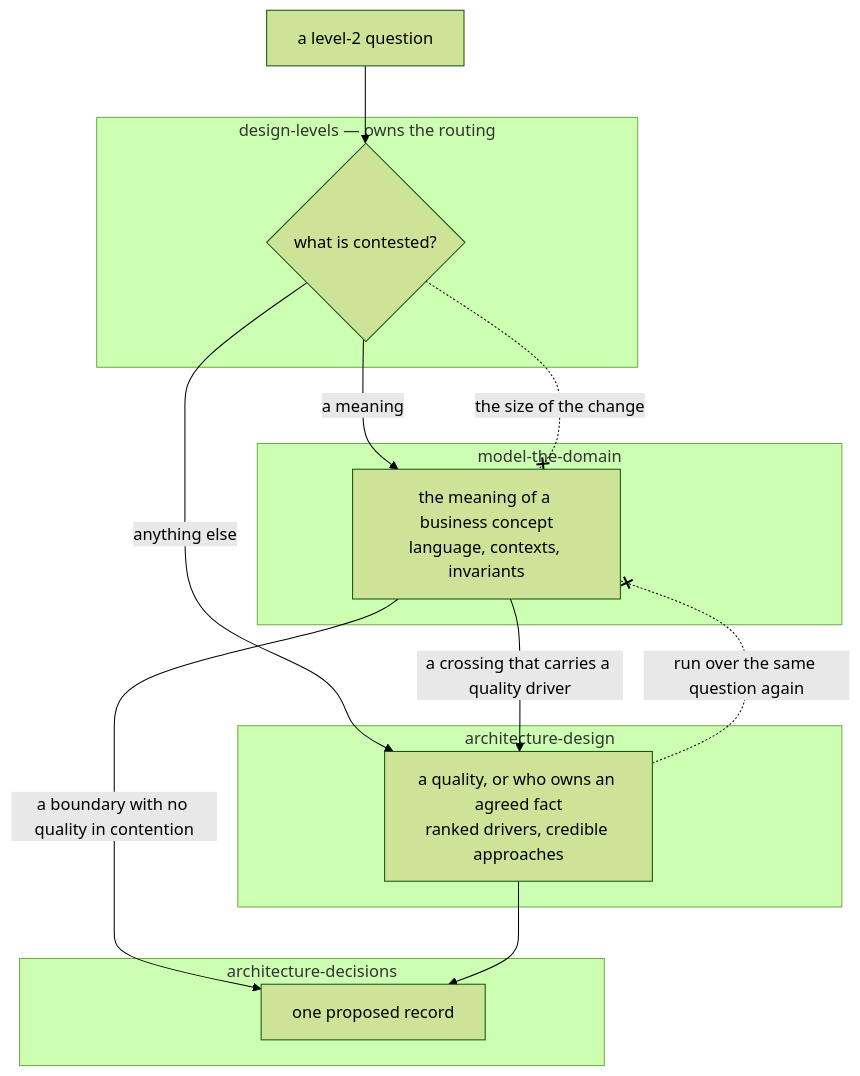
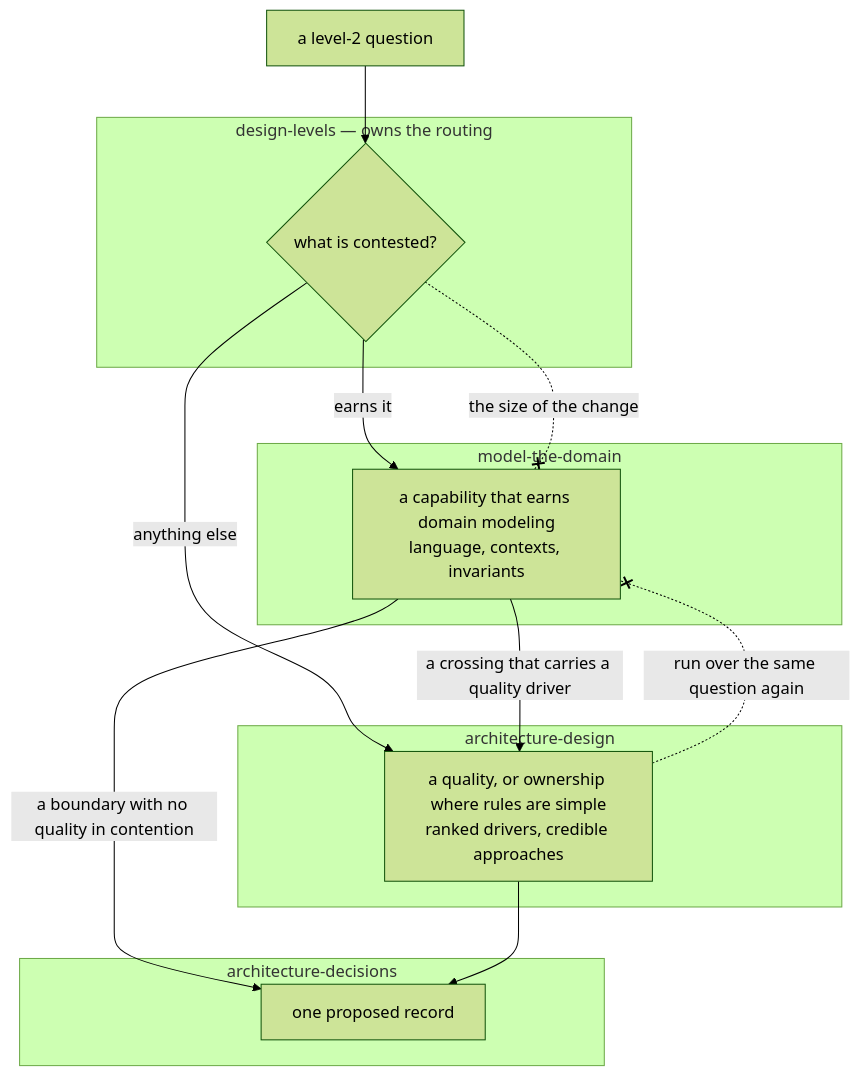
Before and after one commit to aamarin/wfctl: the diagram in docs/architecture/level-2-routes-by-what-is-contested.md, drawn with Mermaid (forest theme). The commit also changed other lines of this file and 5 other files, not shown here.

````diff
--- a/docs/architecture/level-2-routes-by-what-is-contested.md
+++ b/docs/architecture/level-2-routes-by-what-is-contested.md
@@ -97,24 +101,24 @@
 ```mermaid
 flowchart TB
     Q["a level-2 question"]
     subgraph dl["design-levels — owns the routing"]
         R{"what is contested?"}
     end
     subgraph mtd["model-the-domain"]
-        M["the meaning of a business concept<br>language, contexts, invariants"]
+        M["a capability that earns domain modeling<br>language, contexts, invariants"]
     end
     subgraph ad["architecture-design"]
-        A["a quality, or who owns an agreed fact<br>ranked drivers, credible approaches"]
+        A["a quality, or ownership where rules are simple<br>ranked drivers, credible approaches"]
     end
     subgraph adr["architecture-decisions"]
         W["one proposed record"]
     end
     Q --> R
-    R -->|"a meaning"| M
+    R -->|"earns it"| M
     R -->|"anything else"| A
     M -->|"a crossing that carries a quality driver"| A
     M -->|"a boundary with no quality in contention"| W
     A --> W
     A -. "run over the same question again" .-x M
     R -. "the size of the change" .-x M
 ```
````
